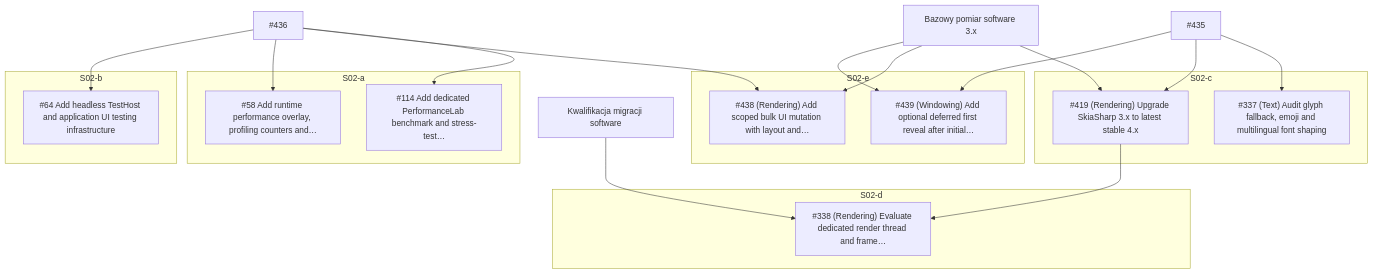
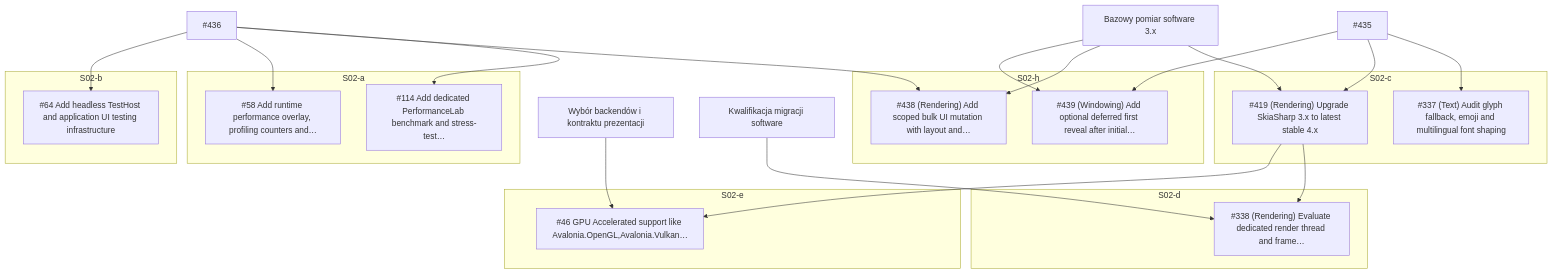
One commit to ProGraMajster/ModernFormsNext changed the fifth of 12 diagrams in docs/development/2.0.0/DEPENDENCY-GRAPH.md. Above: the diagram before and after it, drawn with Mermaid. The commit also changed other lines of this file and 8 other files, not shown here.

````diff
--- a/docs/development/2.0.0/DEPENDENCY-GRAPH.md
+++ b/docs/development/2.0.0/DEPENDENCY-GRAPH.md
@@ -200,37 +233,43 @@
 ```mermaid
 flowchart TB
   subgraph W_S02_a[S02-a]
     I114["#114 Add dedicated PerformanceLab benchmark and stress-test…"]
     I58["#58 Add runtime performance overlay, profiling counters and…"]
   end
   subgraph W_S02_b[S02-b]
     I64["#64 Add headless TestHost and application UI testing infrastructure"]
   end
   subgraph W_S02_c[S02-c]
     I337["#337 (Text) Audit glyph fallback, emoji and multilingual font shaping"]
     I419["#419 (Rendering) Upgrade SkiaSharp 3.x to latest stable 4.x"]
   end
   subgraph W_S02_d[S02-d]
     I338["#338 (Rendering) Evaluate dedicated render thread and frame…"]
   end
   subgraph W_S02_e[S02-e]
+    I46["#46 GPU Accelerated support like Avalonia.OpenGL,Avalonia.Vulkan…"]
+  end
+  subgraph W_S02_h[S02-h]
     I438["#438 (Rendering) Add scoped bulk UI mutation with layout and…"]
     I439["#439 (Windowing) Add optional deferred first reveal after initial…"]
   end
   G_baseline_perf["Bazowy pomiar software 3.x"]
+  G_gpu_selection["Wybór backendów i kontraktu prezentacji"]
   I435["#435"]
   I436["#436"]
   G_software_4x["Kwalifikacja migracji software"]
   G_baseline_perf --> I419
   G_baseline_perf --> I438
   G_baseline_perf --> I439
+  G_gpu_selection --> I46
   I419 --> I338
+  I419 --> I46
   I435 --> I337
   I435 --> I419
   I435 --> I439
   I436 --> I114
   I436 --> I438
   I436 --> I58
   I436 --> I64
   G_software_4x --> I338
 ```
````
